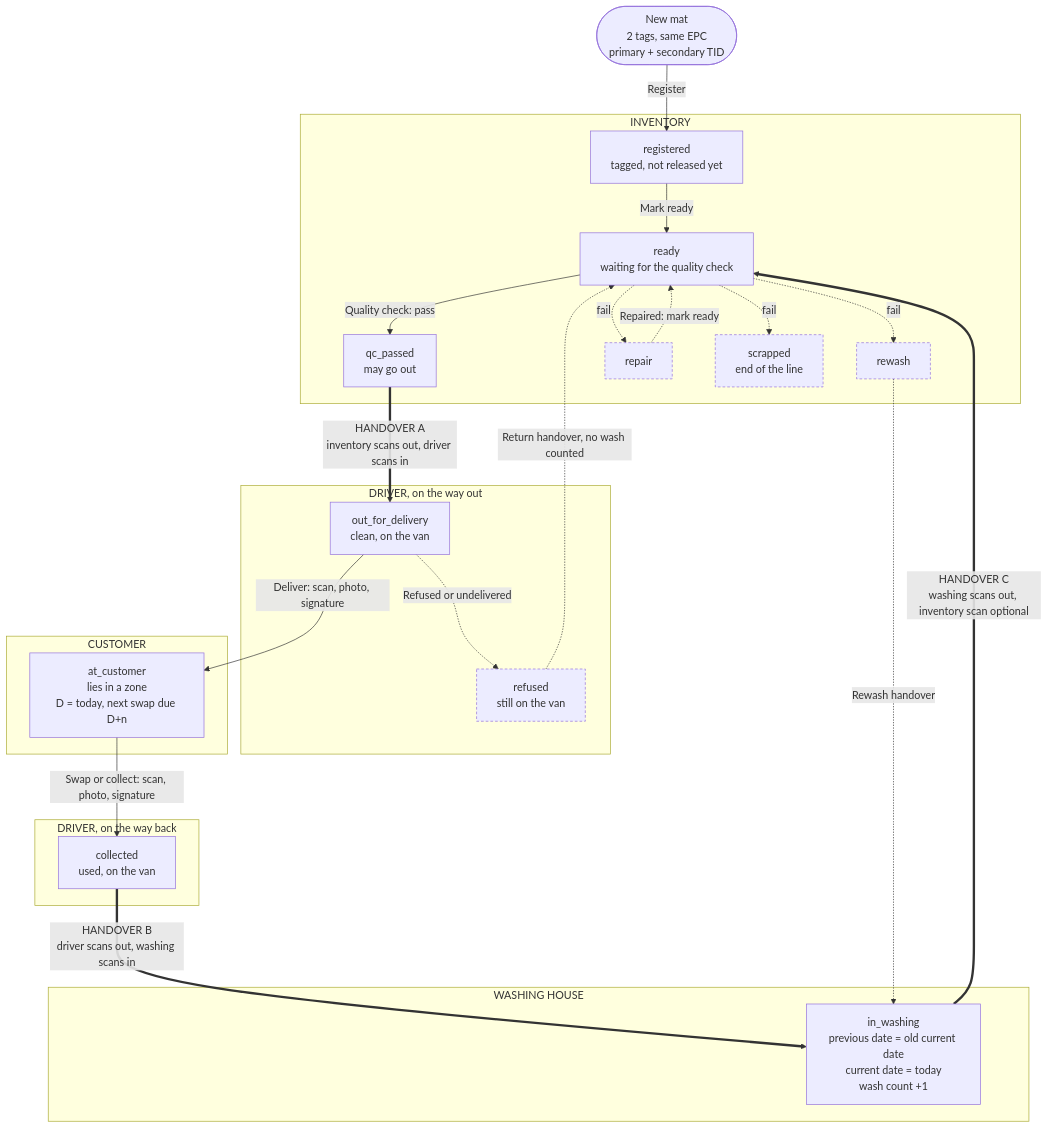
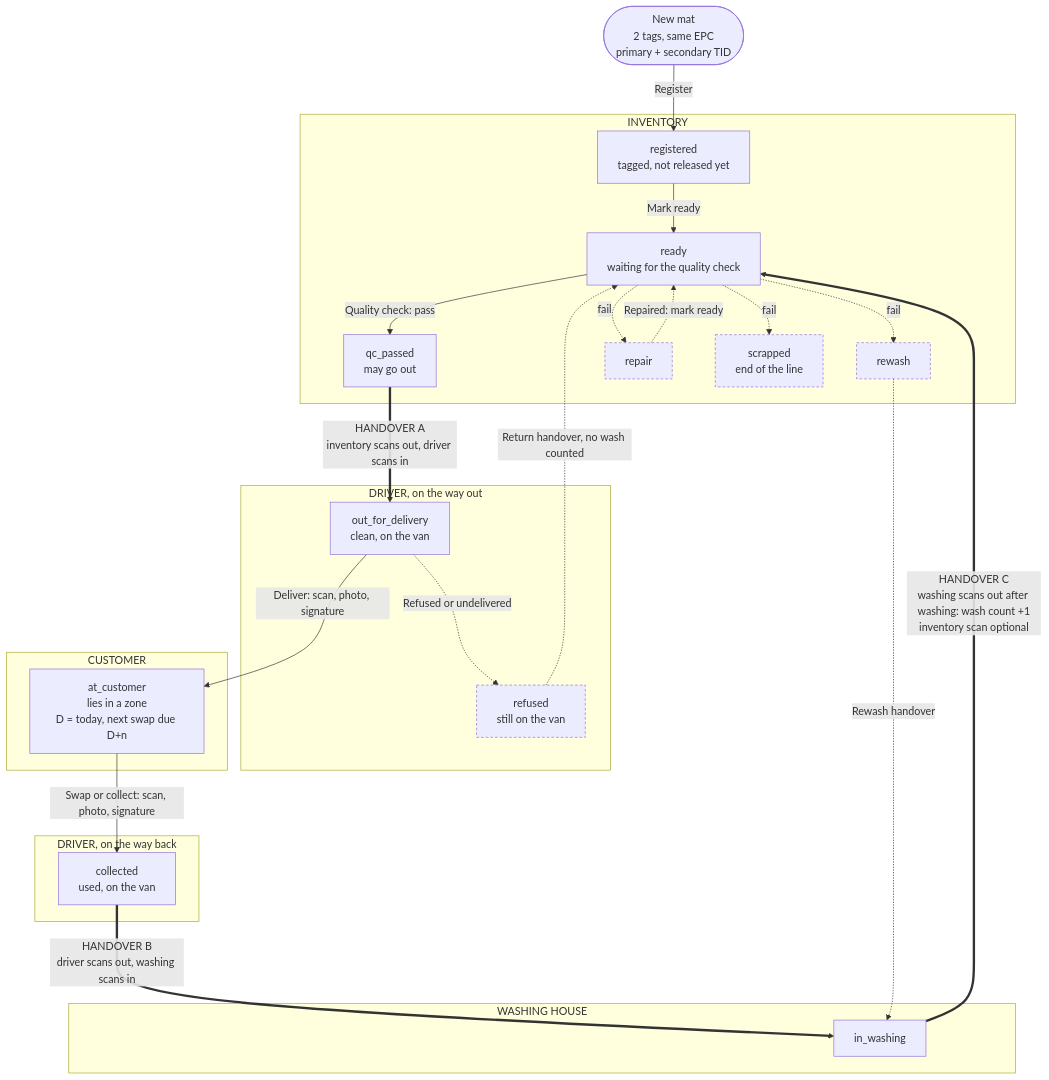
One commit to Naveenrawat-max/laundry-poc changed the second of 3 diagrams in README.md. Above: the diagram before and after it, drawn with Mermaid. The commit also changed other lines of this file and 5 other files, not shown here.

````diff
--- a/README.md
+++ b/README.md
@@ -125,49 +125,49 @@
 ```mermaid
 flowchart TB
     NEW(["New mat<br/>2 tags, same EPC<br/>primary + secondary TID"])
 
     subgraph INV["INVENTORY"]
         REG["registered<br/>tagged, not released yet"]
         READY["ready<br/>waiting for the quality check"]
         QCP["qc_passed<br/>may go out"]
         REWASH["rewash"]:::side
         REPAIR["repair"]:::side
         SCRAP["scrapped<br/>end of the line"]:::side
     end
 
     subgraph OUT["DRIVER, on the way out"]
         OFD["out_for_delivery<br/>clean, on the van"]
         REFUSED["refused<br/>still on the van"]:::side
     end
 
     subgraph CUST["CUSTOMER"]
         ATC["at_customer<br/>lies in a zone<br/>D = today, next swap due D+n"]
     end
 
     subgraph BACK["DRIVER, on the way back"]
         COLL["collected<br/>used, on the van"]
     end
 
     subgraph WASH["WASHING HOUSE"]
-        INW["in_washing<br/>previous date = old current date<br/>current date = today<br/>wash count +1"]
+        INW["in_washing"]
     end
 
     NEW -- "Register" --> REG
     REG -- "Mark ready" --> READY
     READY -- "Quality check: pass" --> QCP
     READY -. "fail" .-> REWASH
     READY -. "fail" .-> REPAIR
     READY -. "fail" .-> SCRAP
     REPAIR -. "Repaired: mark ready" .-> READY
 
     QCP == "HANDOVER A<br/>inventory scans out, driver scans in" ==> OFD
     OFD -- "Deliver: scan, photo, signature" --> ATC
     OFD -. "Refused or undelivered" .-> REFUSED
     REFUSED -. "Return handover, no wash counted" .-> READY
     ATC -- "Swap or collect: scan, photo, signature" --> COLL
     COLL == "HANDOVER B<br/>driver scans out, washing scans in" ==> INW
     REWASH -. "Rewash handover" .-> INW
-    INW == "HANDOVER C<br/>washing scans out, inventory scan optional" ==> READY
+    INW == "HANDOVER C<br/>washing scans out after washing: wash count +1<br/>inventory scan optional" ==> READY
 
     classDef side stroke-dasharray:4 3
 ```
````
